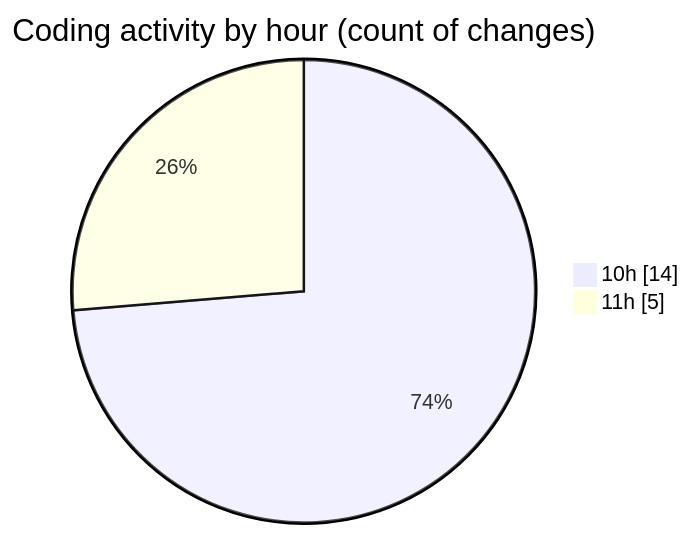
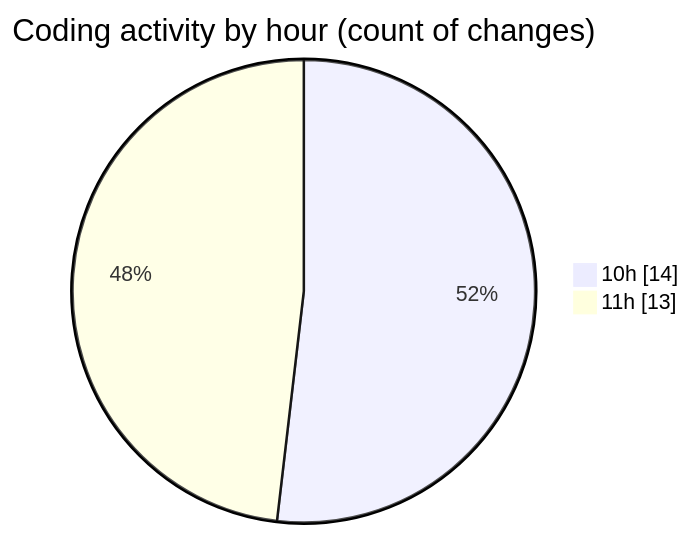
The second of 2 diagrams in 2026-04-05/nxtqube_webapp/README.md (nxtqubesakshisongat/code-tracking), drawn with Mermaid before and after one commit. The commit also changed other lines of this file and 1 other file, not shown here.

````diff
--- a/2026-04-05/nxtqube_webapp/README.md
+++ b/2026-04-05/nxtqube_webapp/README.md
@@ -31,6 +33,6 @@
 ```mermaid
 pie showData
 title Coding activity by hour (count of changes)
 "10h" : 14
-"11h" : 5
+"11h" : 13
 ```
````
